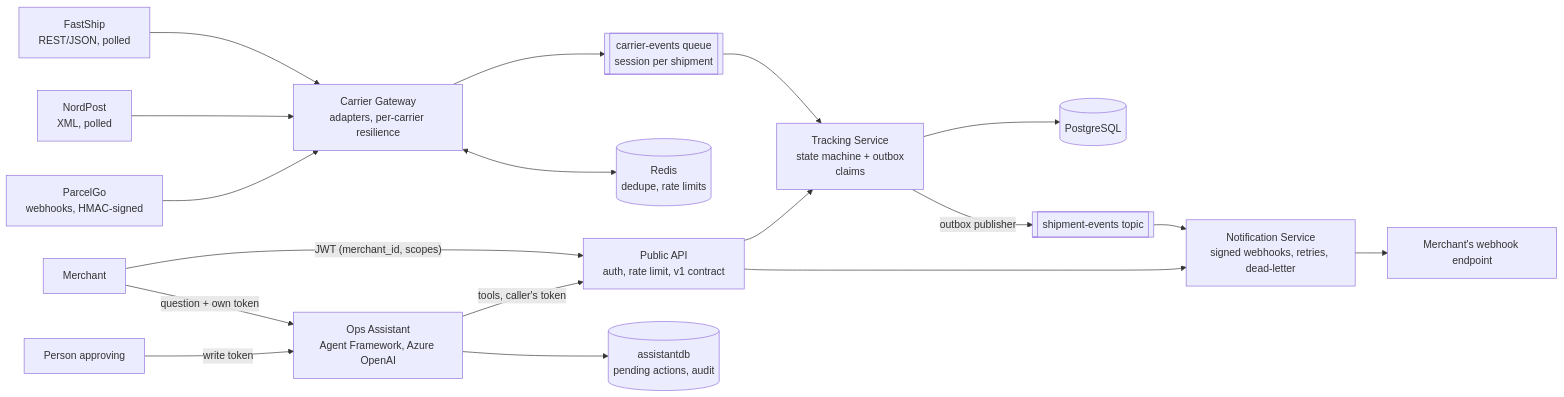
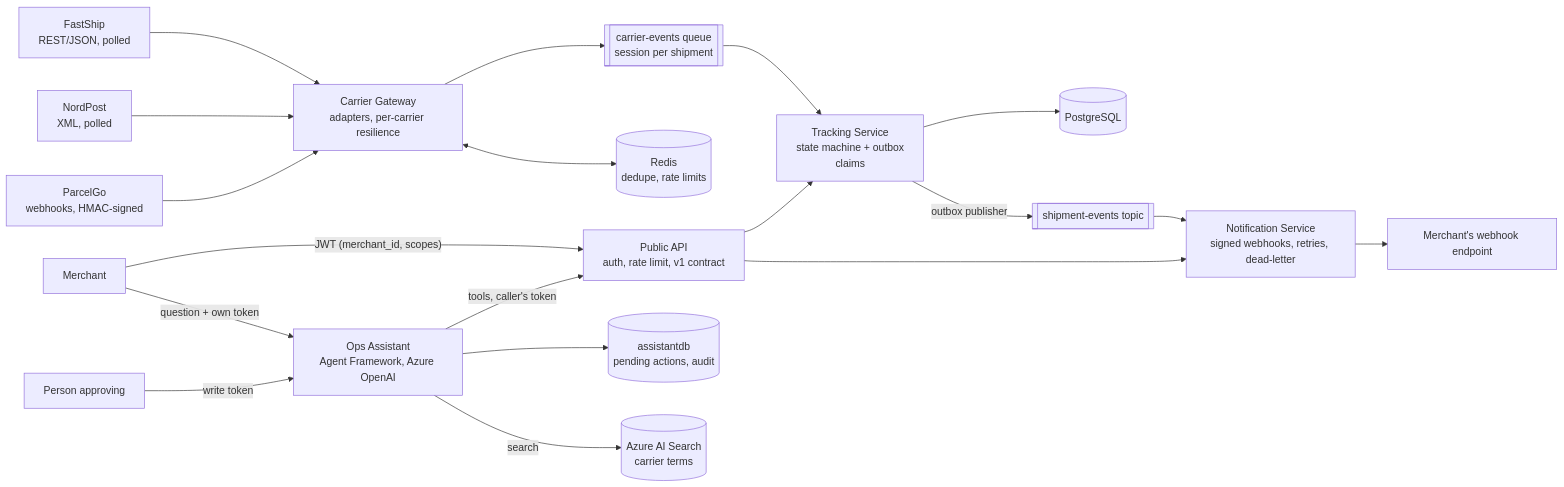
The diagram in README.md (brk2art/CarrierHub), drawn with Mermaid before and after one commit. The commit also changed other lines of this file and 6 other files, not shown here.

Commit message:
Phase 5 done: RAG over carrier terms as a tool. Evals 42 cases: 123/126 -> 126/126 (two checks corrected, carrier description). Docs updated

````diff
--- a/README.md
+++ b/README.md
@@ -12,20 +13,21 @@
 ```mermaid
 flowchart LR
     FS[FastShip<br/>REST/JSON, polled] --> G
     NP[NordPost<br/>XML, polled] --> G
     PG[ParcelGo<br/>webhooks, HMAC-signed] --> G
     G[Carrier Gateway<br/>adapters, per-carrier resilience] --> Q[[carrier-events queue<br/>session per shipment]]
     G <--> R[(Redis<br/>dedupe, rate limits)]
     Q --> T[Tracking Service<br/>state machine + outbox<br/>claims]
     T --> DB[(PostgreSQL)]
     T -- outbox publisher --> TP[[shipment-events topic]]
     TP --> N[Notification Service<br/>signed webhooks, retries, dead-letter]
     N --> MW[Merchant's webhook endpoint]
     M[Merchant] -- "JWT (merchant_id, scopes)" --> P[Public API<br/>auth, rate limit, v1 contract]
     P --> T
     P --> N
     M -- "question + own token" --> A[Ops Assistant<br/>Agent Framework, Azure OpenAI]
     A -- "tools, caller's token" --> P
     A --> ADB[(assistantdb<br/>pending actions, audit)]
+    A -- "search" --> S[(Azure AI Search<br/>carrier terms)]
     H[Person approving] -- "write token" --> A
 ```
````
